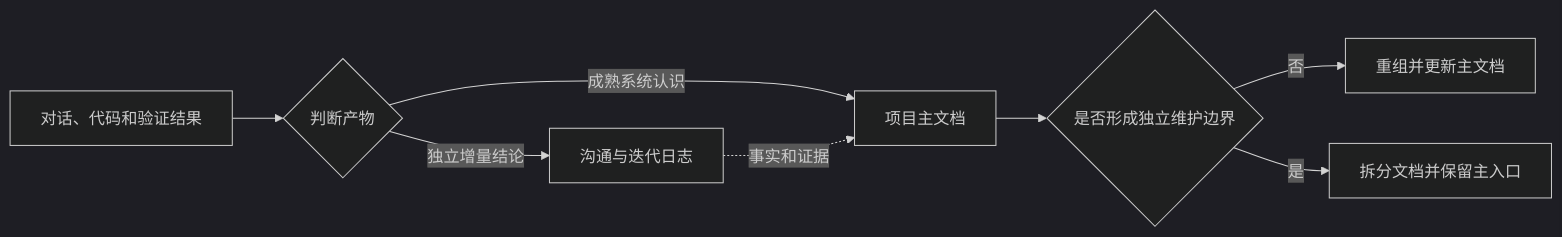
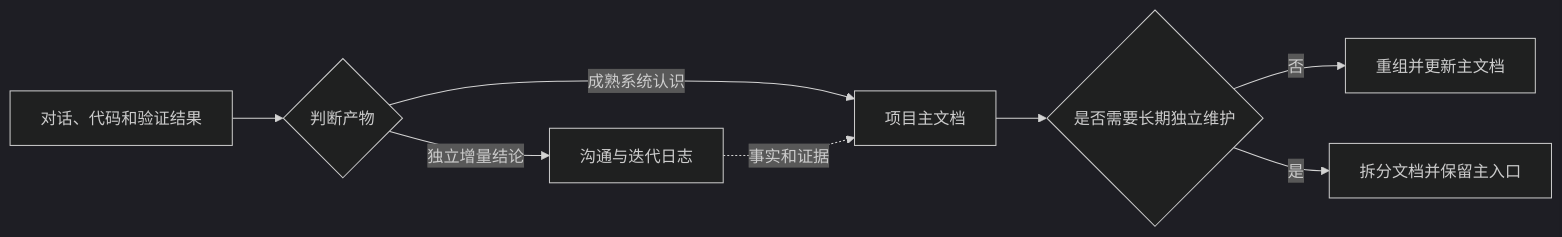
The diagram in docs/codex-knowledge/documents/project-knowledge-capture.md (William-YanHua/write_notes), drawn with Mermaid (dark theme) before and after one commit. The commit also changed other lines of this file and 9 other files, not shown here.

````diff
--- a/docs/codex-knowledge/documents/project-knowledge-capture.md
+++ b/docs/codex-knowledge/documents/project-knowledge-capture.md
@@ -15,10 +15,10 @@
 ```mermaid
 flowchart LR
     A[对话、代码和验证结果] --> B{判断产物}
     B -->|独立增量结论| C[沟通与迭代日志]
     B -->|成熟系统认识| D[项目主文档]
     C -.事实和证据.-> D
-    D --> E{是否形成独立维护边界}
+    D --> E{是否需要长期独立维护}
     E -->|否| F[重组并更新主文档]
     E -->|是| G[拆分文档并保留主入口]
 ```
````
